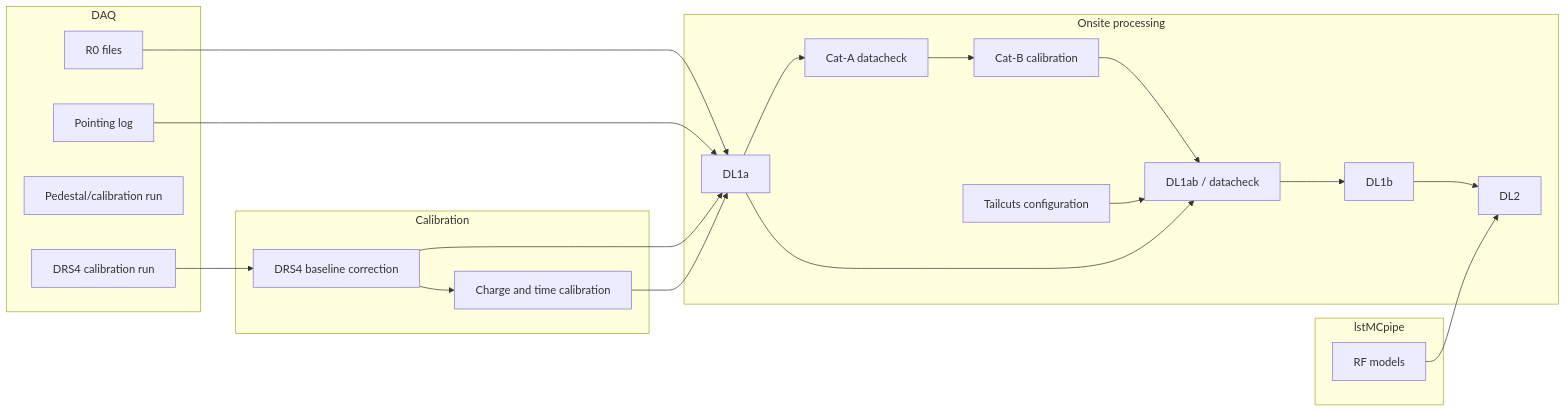
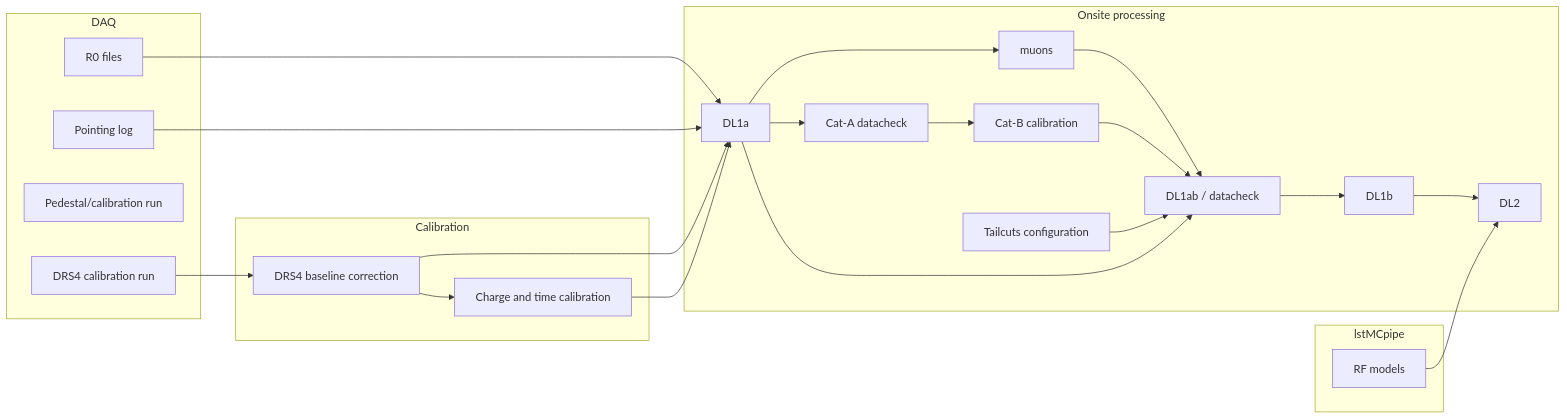
One commit to cta-observatory/lstosa changed the second of 2 diagrams in README.md. Above: the diagram before and after it, drawn with Mermaid.

````diff
--- a/README.md
+++ b/README.md
@@ -141,40 +141,42 @@
 ```mermaid
 graph LR
     subgraph DAQ
         R0[R0 files]
         DRS4[DRS4 calibration run]
         PED[Pedestal/calibration run]
         POINT[Pointing log]
     end
 
     subgraph Calibration
         C1[DRS4 baseline correction]
         C2[Charge and time calibration]
         DRS4 --> C1 --> C2
     end
 
     subgraph Onsite processing
         A[DL1a]
         CA[Cat-A datacheck]
+        muons[muons]
         B[Cat-B calibration]
         TC[Tailcuts configuration]
         AB[DL1ab / datacheck]
         CHECK[DL1b]
         DL2[DL2]
         R0 --> A
         POINT --> A
         C1 --> A
         C2 --> A
         A --> CA --> B
+        A --> muons --> AB
         B --> AB
         TC --> AB
         A --> AB
         AB --> CHECK --> DL2
     end
 
     subgraph lstMCpipe
         RF[RF models]
     end
 
     RF --> DL2
 ```
````
